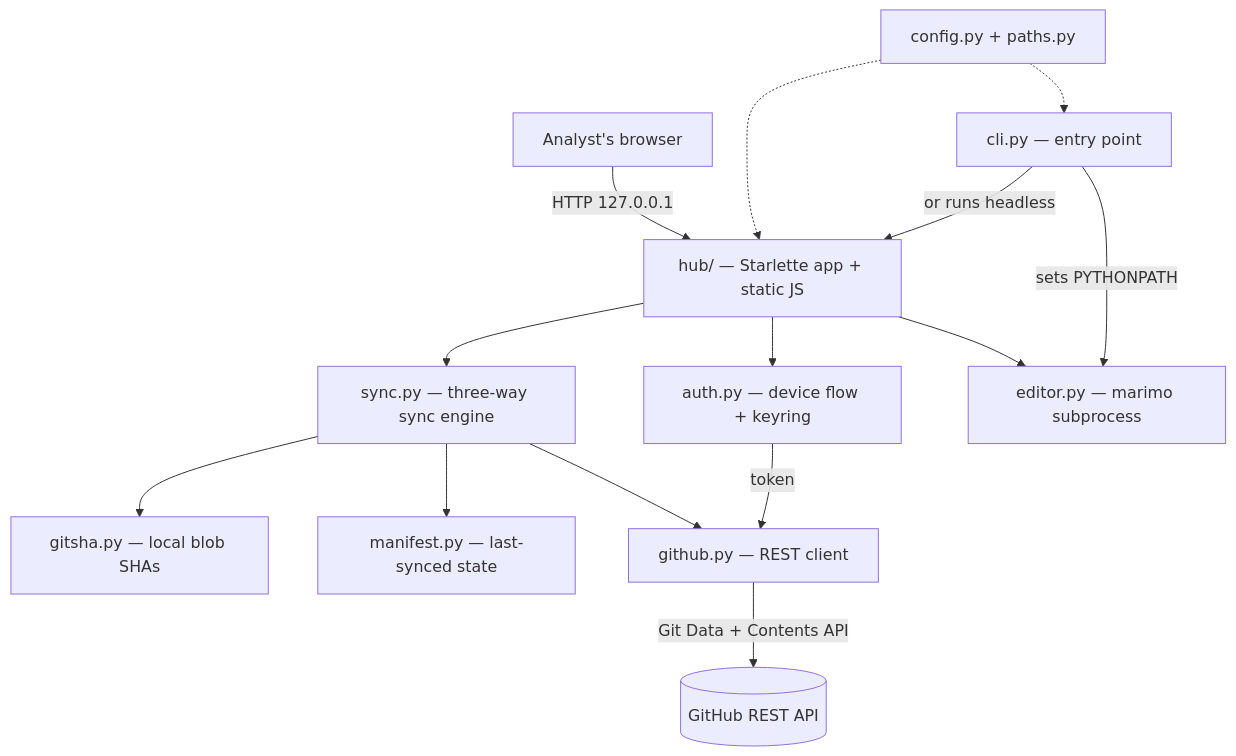
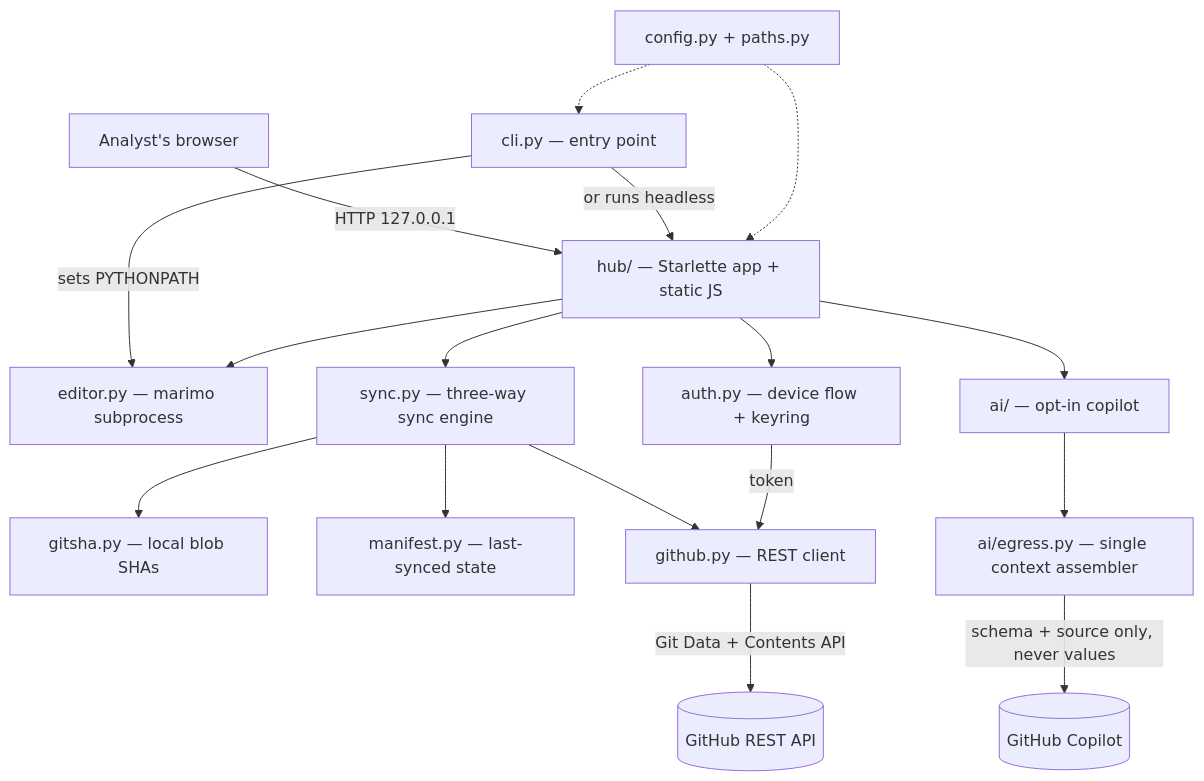
Before and after one commit to OpenAfterHours/mooring: the diagram in docs/developers/index.md, drawn with Mermaid. The commit also changed other lines of this file and 7 other files, not shown here.

````diff
--- a/docs/developers/index.md
+++ b/docs/developers/index.md
@@ -13,16 +14,19 @@
 ```mermaid
 graph TD
     U[Analyst's browser] -->|HTTP 127.0.0.1| HUB[hub/ — Starlette app + static JS]
     CLI[cli.py — entry point] -->|or runs headless| HUB
     CLI -->|sets PYTHONPATH| ED
     HUB --> SYNC[sync.py — three-way sync engine]
     HUB --> AUTH[auth.py — device flow + keyring]
     HUB --> ED[editor.py — marimo subprocess]
+    HUB --> AI[ai/ — opt-in copilot]
     SYNC --> GS[gitsha.py — local blob SHAs]
     SYNC --> MAN[manifest.py — last-synced state]
     SYNC --> GH[github.py — REST client]
     AUTH -->|token| GH
     GH -->|Git Data + Contents API| API[(GitHub REST API)]
+    AI --> EG[ai/egress.py — single context assembler]
+    EG -->|schema + source only, never values| COP[(GitHub Copilot)]
     CFG[config.py + paths.py] -.-> HUB
     CFG -.-> CLI
 ```
````
